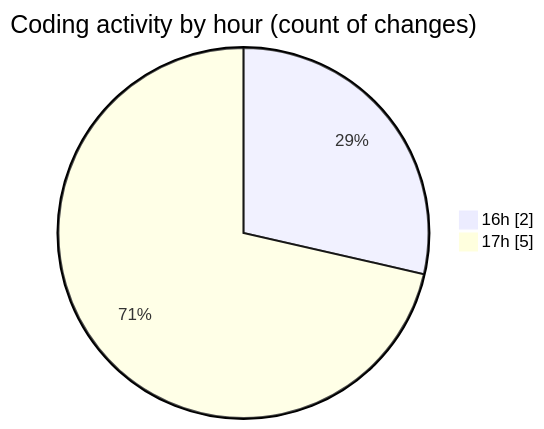
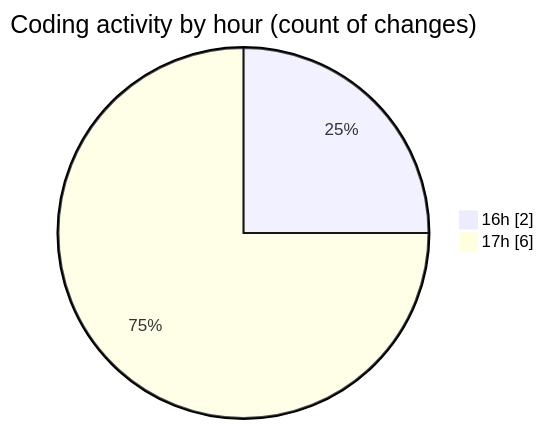
The second of 2 diagrams in 2025-01-24/react/README.md (Elitesun/code-tracking), drawn with Mermaid before and after one commit. The commit also changed other lines of this file and 1 other file, not shown here.

````diff
--- a/2025-01-24/react/README.md
+++ b/2025-01-24/react/README.md
@@ -31,6 +31,6 @@
 ```mermaid
 pie showData
 title Coding activity by hour (count of changes)
 "16h" : 2
-"17h" : 5
+"17h" : 6
 ```
````
